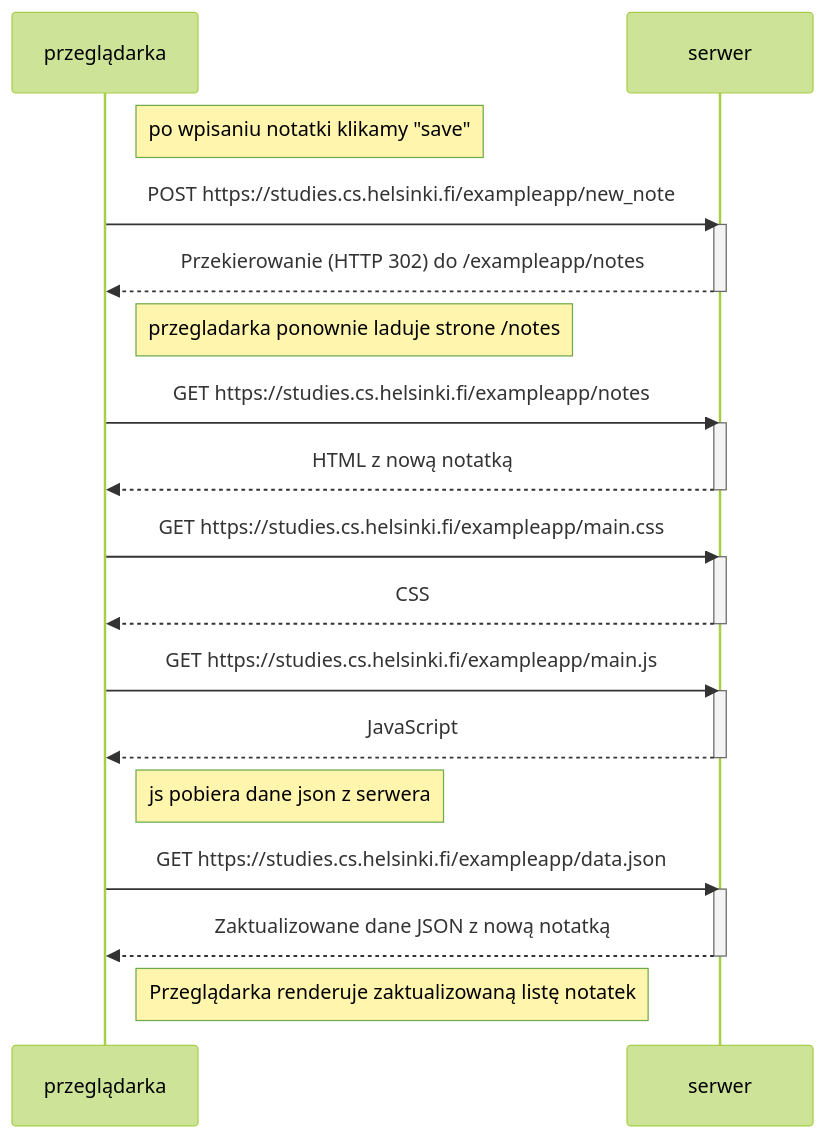
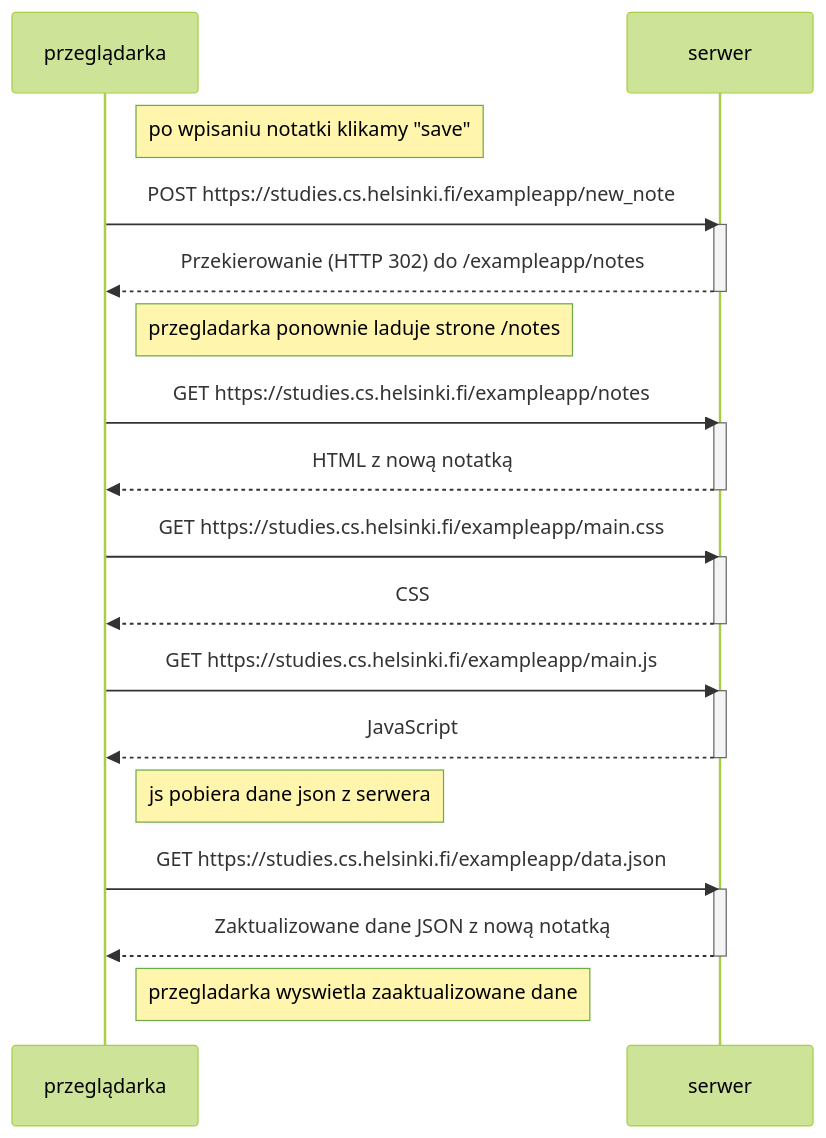
One commit to Layer2843/my-repo changed the diagram in Part0/zad0-4.mmd. Above: the diagram before and after it, drawn with Mermaid (forest theme).

```diff
--- a/Part0/zad0-4.mmd
+++ b/Part0/zad0-4.mmd
@@ -1,36 +1,36 @@
 sequenceDiagram
     participant przeglądarka
     participant serwer
 
     Note right of przeglądarka: po wpisaniu notatki klikamy "save"
 
     przeglądarka->>serwer: POST https://studies.cs.helsinki.fi/exampleapp/new_note
     activate serwer
     serwer-->>przeglądarka: Przekierowanie (HTTP 302) do /exampleapp/notes
     deactivate serwer
 
     Note right of przeglądarka: przegladarka ponownie laduje strone /notes
 
     przeglądarka->>serwer: GET https://studies.cs.helsinki.fi/exampleapp/notes
     activate serwer
     serwer-->>przeglądarka: HTML z nową notatką
     deactivate serwer
 
     przeglądarka->>serwer: GET https://studies.cs.helsinki.fi/exampleapp/main.css
     activate serwer
     serwer-->>przeglądarka: CSS
     deactivate serwer
 
     przeglądarka->>serwer: GET https://studies.cs.helsinki.fi/exampleapp/main.js
     activate serwer
     serwer-->>przeglądarka: JavaScript
     deactivate serwer
 
     Note right of przeglądarka: js pobiera dane json z serwera
 
     przeglądarka->>serwer: GET https://studies.cs.helsinki.fi/exampleapp/data.json
     activate serwer
     serwer-->>przeglądarka: Zaktualizowane dane JSON z nową notatką
     deactivate serwer
 
-    Note right of przeglądarka: Przeglądarka renderuje zaktualizowaną listę notatek
+    Note right of przeglądarka: przegladarka wyswietla zaaktualizowane dane
```
